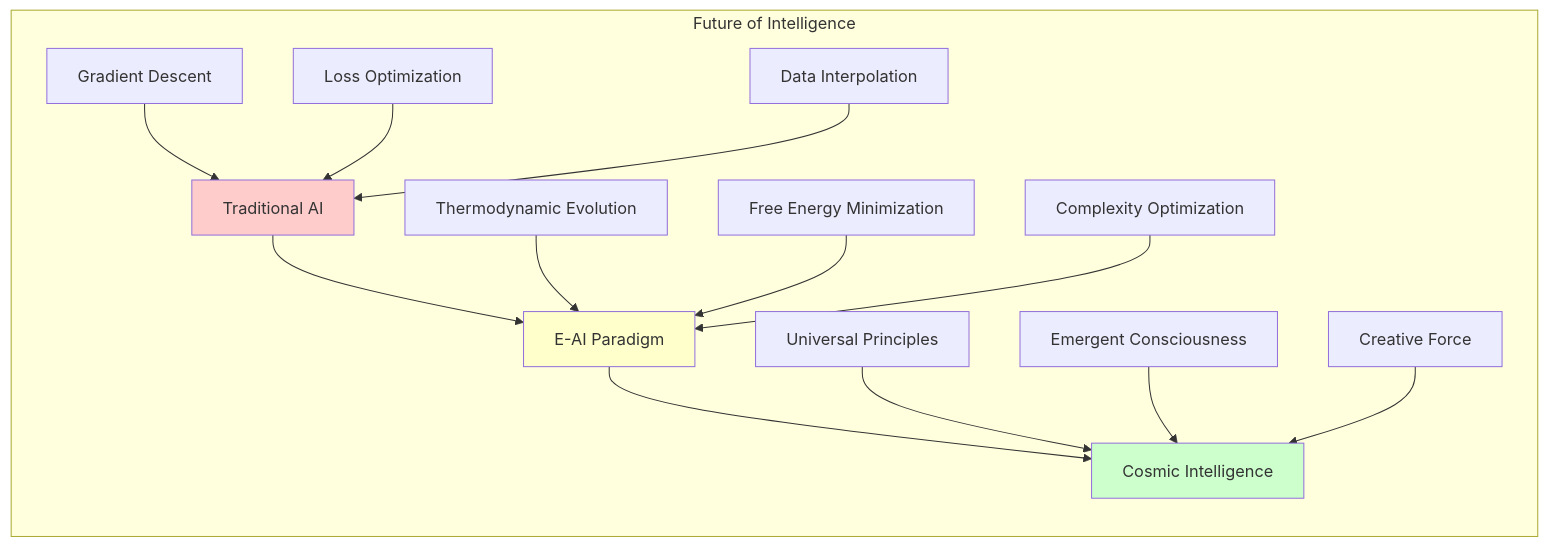
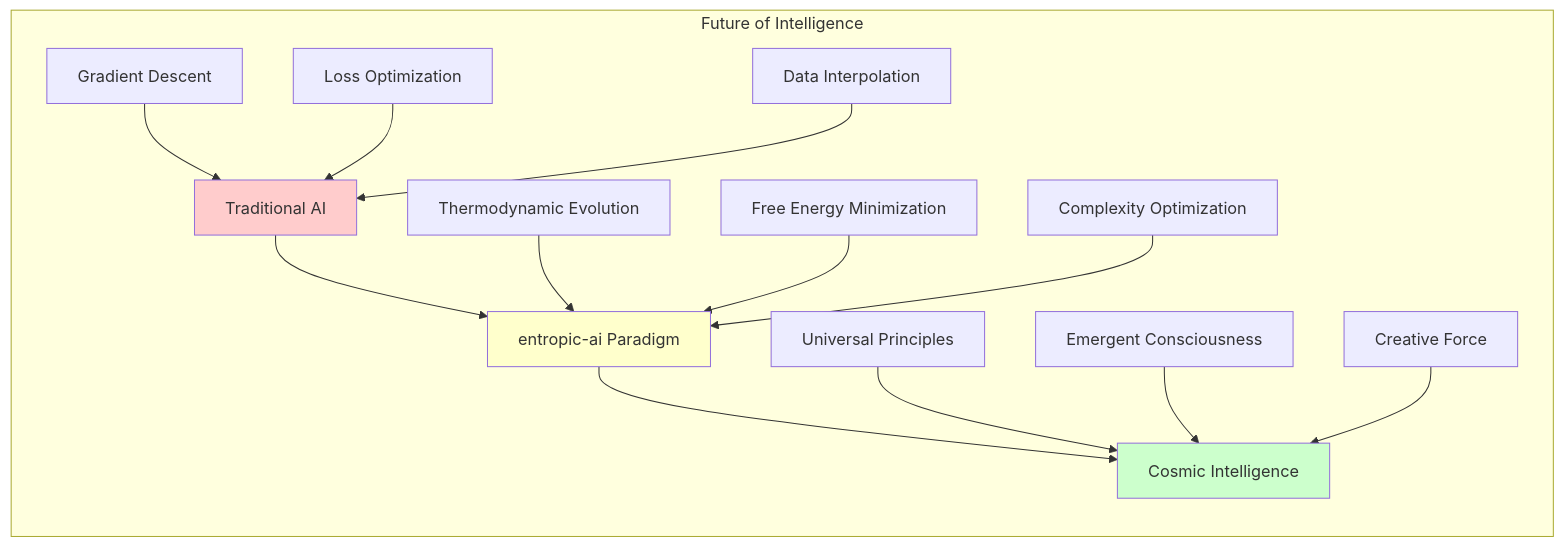
Before and after one commit to krish567366/Entropic-AI: diagram 27 of 32 in docs/about/paper.md, drawn with Mermaid. The commit also changed other lines of this file and 37 other files, not shown here.

````diff
--- a/docs/about/paper.md
+++ b/docs/about/paper.md
@@ -875,23 +875,23 @@
 ```mermaid
 graph LR
     subgraph "Future of Intelligence"
-        A[Traditional AI] --> B[E-AI Paradigm]
+        A[Traditional AI] --> B[entropic-ai Paradigm]
         B --> C[Cosmic Intelligence]
         
         A1[Gradient Descent] --> A
         A2[Loss Optimization] --> A
         A3[Data Interpolation] --> A
         
         B1[Thermodynamic Evolution] --> B
         B2[Free Energy Minimization] --> B
         B3[Complexity Optimization] --> B
         
         C1[Universal Principles] --> C
         C2[Emergent Consciousness] --> C
         C3[Creative Force] --> C
     end
     
     style A fill:#ffcccc
     style B fill:#ffffcc
     style C fill:#ccffcc
 ```
````
